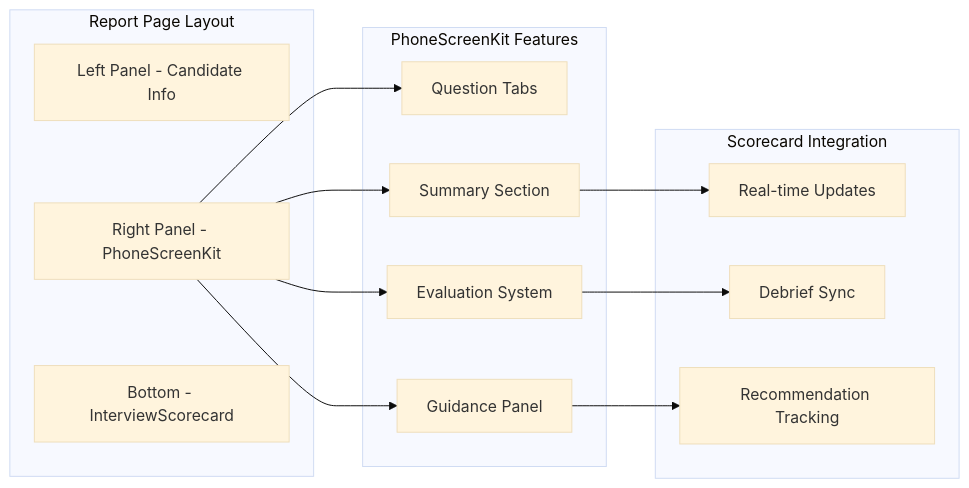
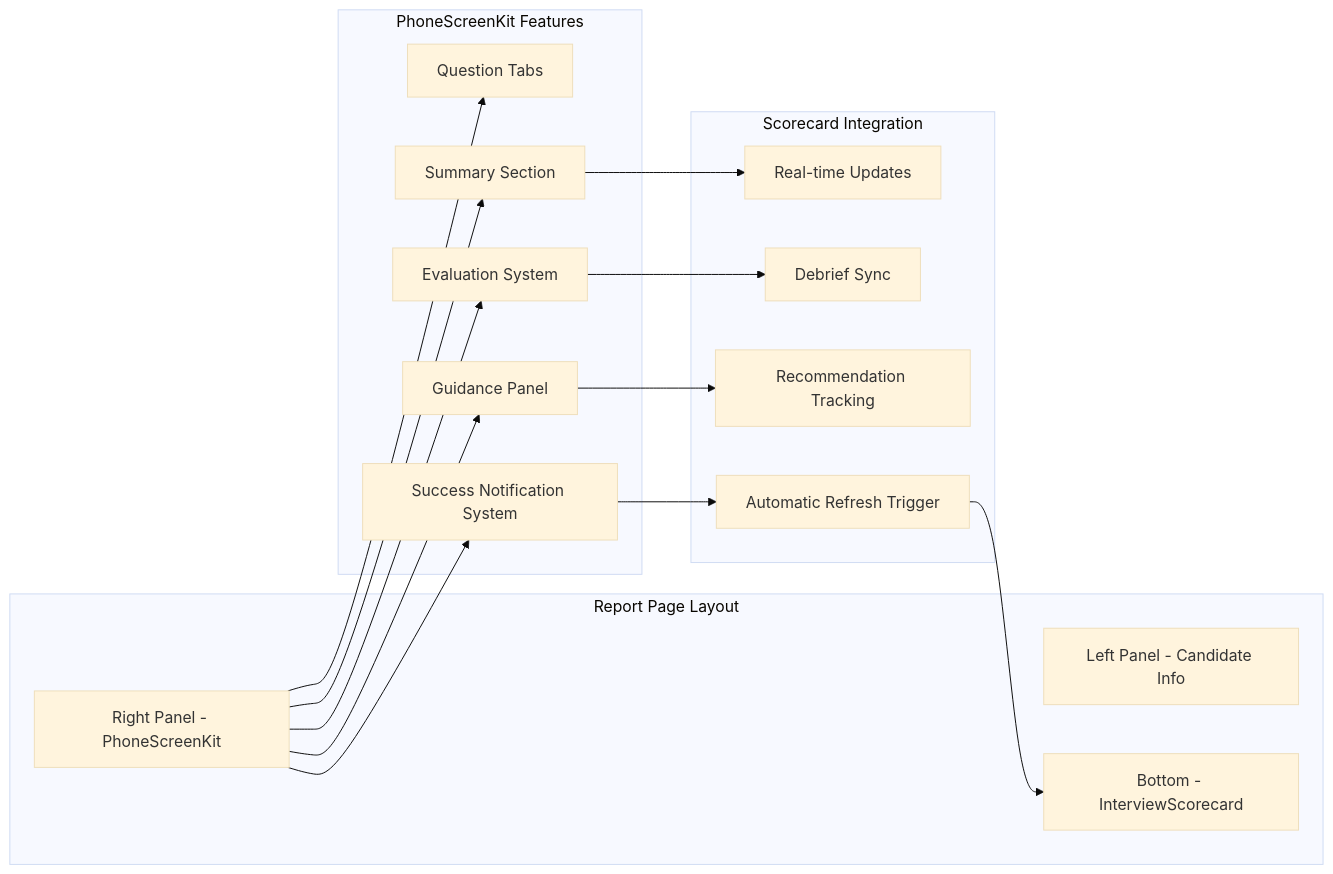
Before and after one commit to Revanththetalogics/aireume: the seventh of 9 diagrams in .qoder/repowiki/en/content/Frontend Architecture/Component Library/PhoneScreenKit Component.md, drawn with Mermaid (base theme). The commit also changed other lines of this file and 7 other files, not shown here.

````diff
--- a/.qoder/repowiki/en/content/Frontend Architecture/Component Library/PhoneScreenKit Component.md
+++ b/.qoder/repowiki/en/content/Frontend Architecture/Component Library/PhoneScreenKit Component.md
@@ -310,26 +343,31 @@
 ```mermaid
 graph LR
 subgraph "Report Page Layout"
 A[Left Panel - Candidate Info]
 B[Right Panel - PhoneScreenKit]
 C[Bottom - InterviewScorecard]
 end
 subgraph "PhoneScreenKit Features"
 D[Question Tabs]
 E[Evaluation System]
 F[Guidance Panel]
 G[Summary Section]
+H[Success Notification System]
 end
 subgraph "Scorecard Integration"
-H[Real-time Updates]
-I[Debrief Sync]
-J[Recommendation Tracking]
+I[Real-time Updates]
+J[Debrief Sync]
+K[Recommendation Tracking]
+L[Automatic Refresh Trigger]
 end
 B --> D
 B --> E
 B --> F
 B --> G
-G --> H
-E --> I
-F --> J
+B --> H
+G --> I
+E --> J
+F --> K
+H --> L
+L --> C
 ```
````
